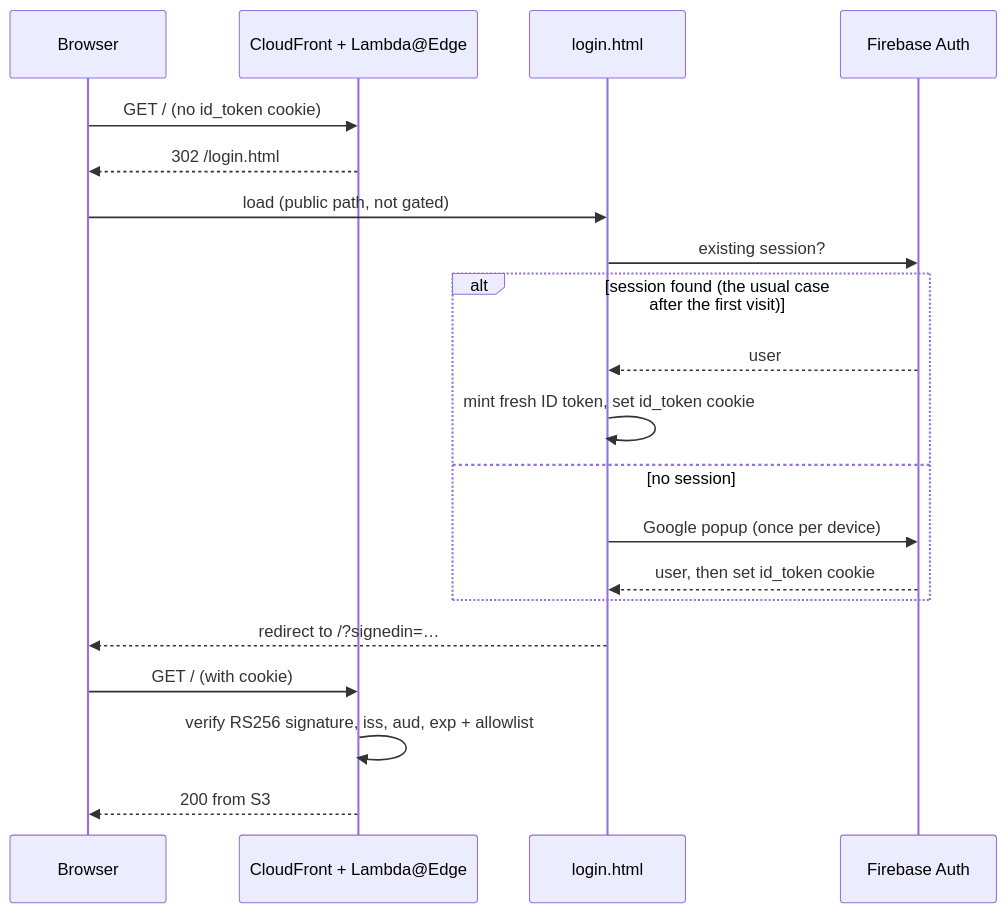
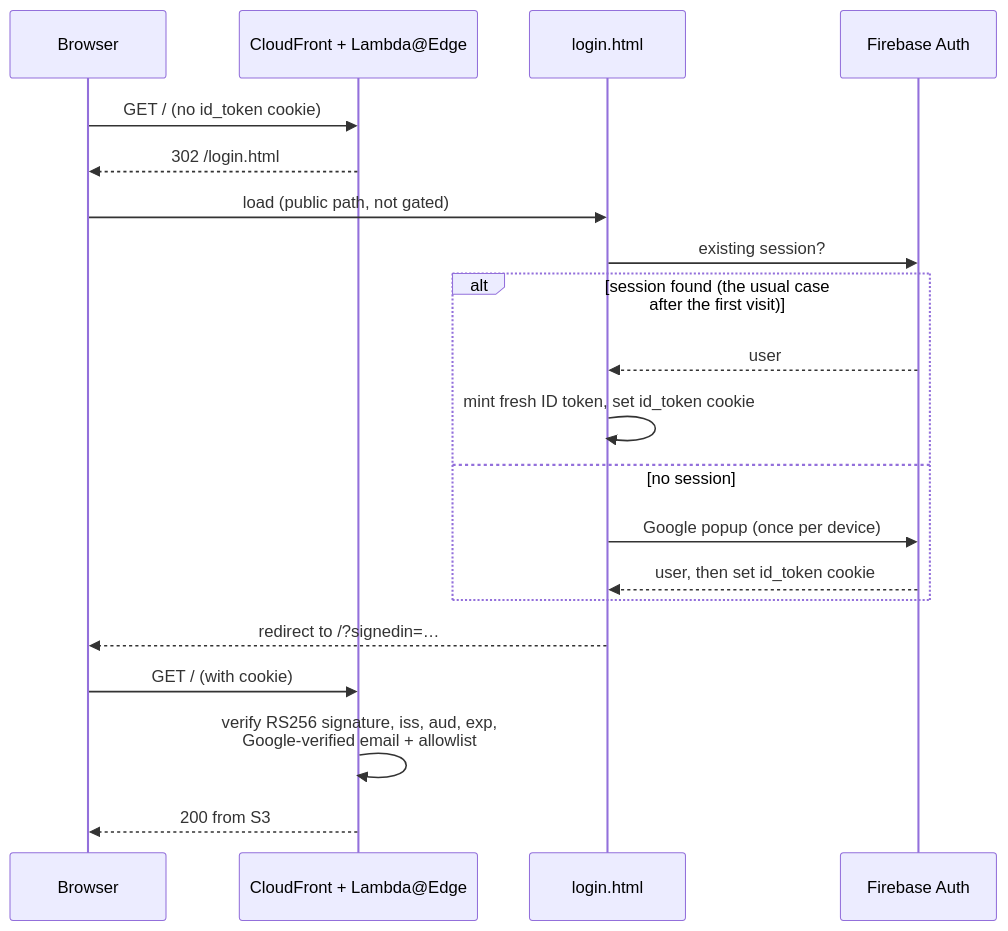
One commit to codex-magica/codex-magica.github.io changed the second of 2 diagrams in examples/aws-infra/README.md. Above: the diagram before and after it, drawn with Mermaid. The commit also changed other lines of this file and 6 other files, not shown here.

````diff
--- a/examples/aws-infra/README.md
+++ b/examples/aws-infra/README.md
@@ -33,22 +34,22 @@
 ```mermaid
 sequenceDiagram
     participant B as Browser
     participant E as CloudFront + Lambda@Edge
     participant L as login.html
     participant F as Firebase Auth
     B->>E: GET / (no id_token cookie)
     E-->>B: 302 /login.html
     B->>L: load (public path, not gated)
     L->>F: existing session?
     alt session found (the usual case after the first visit)
         F-->>L: user
         L->>L: mint fresh ID token, set id_token cookie
     else no session
         L->>F: Google popup (once per device)
         F-->>L: user, then set id_token cookie
     end
     L-->>B: redirect to /?signedin=…
     B->>E: GET / (with cookie)
-    E->>E: verify RS256 signature, iss, aud, exp + allowlist
+    E->>E: verify RS256 signature, iss, aud, exp,<br/>Google-verified email + allowlist
     E-->>B: 200 from S3
 ```
````
